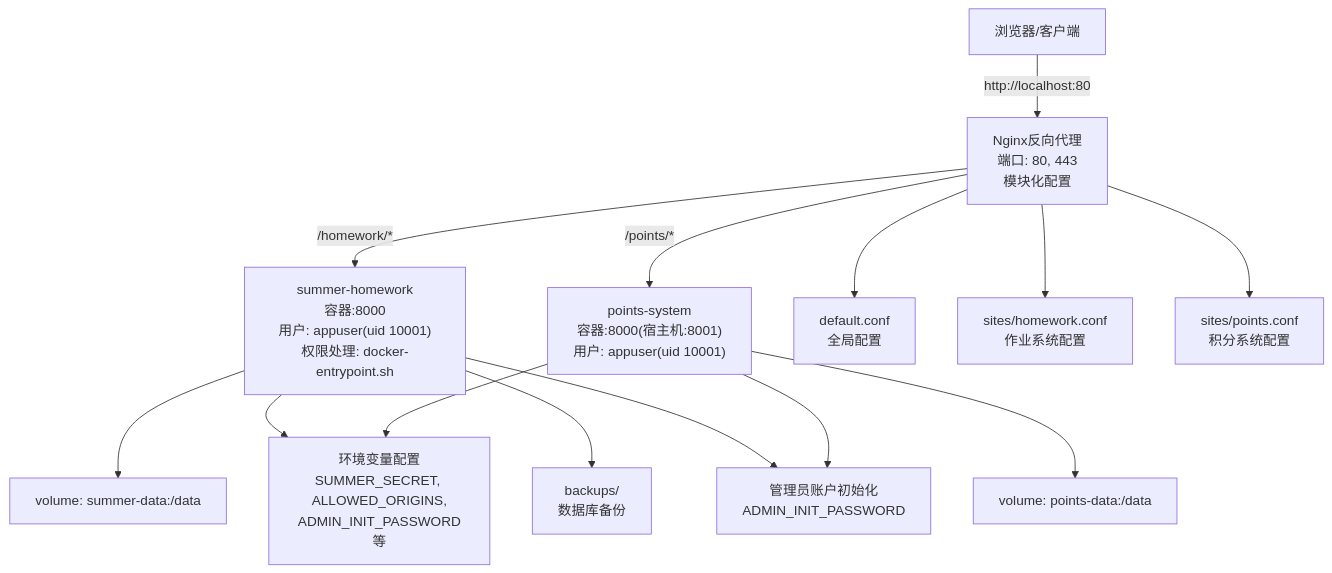
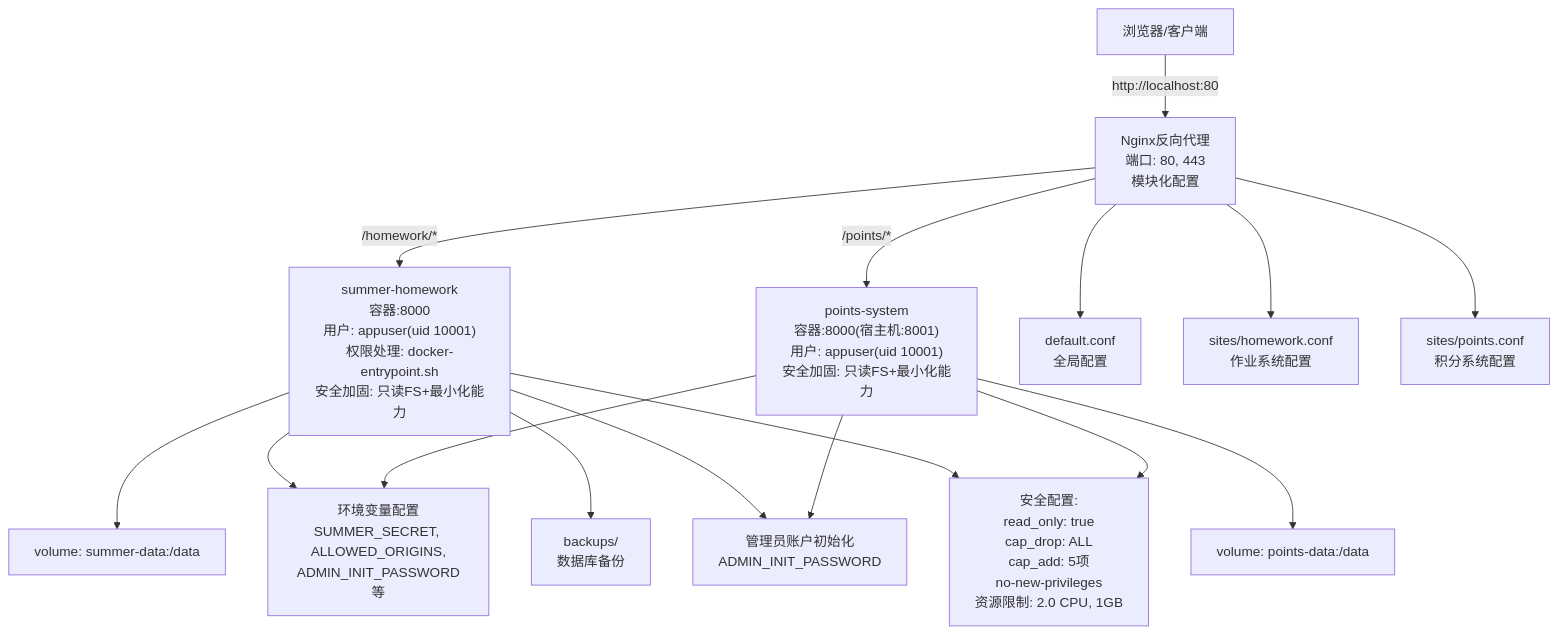
Before and after one commit to onebody/homework: the second of 6 diagrams in .qoder/repowiki/zh/content/部署与运维指南/Docker容器化部署.md, drawn with Mermaid. The commit also changed other lines of this file and 35 other files, not shown here.

````diff
--- a/.qoder/repowiki/zh/content/部署与运维指南/Docker容器化部署.md
+++ b/.qoder/repowiki/zh/content/部署与运维指南/Docker容器化部署.md
@@ -189,28 +200,31 @@
 ```mermaid
 graph TB
 Client["浏览器/客户端"]
 Nginx["Nginx反向代理<br/>端口: 80, 443<br/>模块化配置"]
-SH["summer-homework<br/>容器:8000<br/>用户: appuser(uid 10001)<br/>权限处理: docker-entrypoint.sh"]
-PS["points-system<br/>容器:8000(宿主机:8001)<br/>用户: appuser(uid 10001)"]
+SH["summer-homework<br/>容器:8000<br/>用户: appuser(uid 10001)<br/>权限处理: docker-entrypoint.sh<br/>安全加固: 只读FS+最小化能力"]
+PS["points-system<br/>容器:8000(宿主机:8001)<br/>用户: appuser(uid 10001)<br/>安全加固: 只读FS+最小化能力"]
 VolSH["volume: summer-data:/data"]
 VolPS["volume: points-data:/data"]
 EnvVars["环境变量配置<br/>SUMMER_SECRET, ALLOWED_ORIGINS,<br/>ADMIN_INIT_PASSWORD等"]
 BackupDir["backups/<br/>数据库备份"]
 AdminInit["管理员账户初始化<br/>ADMIN_INIT_PASSWORD"]
 DefaultConf["default.conf<br/>全局配置"]
 HomeworkConf["sites/homework.conf<br/>作业系统配置"]
 PointsConf["sites/points.conf<br/>积分系统配置"]
+SecurityConfig["安全配置:<br/>read_only: true<br/>cap_drop: ALL<br/>cap_add: 5项<br/>no-new-privileges<br/>资源限制: 2.0 CPU, 1GB"]
 Client --> |http://localhost:80| Nginx
 Nginx --> |/homework/*| SH
 Nginx --> |/points/*| PS
 Nginx --> DefaultConf
 Nginx --> HomeworkConf
 Nginx --> PointsConf
 SH --> VolSH
 PS --> VolPS
 SH --> EnvVars
 PS --> EnvVars
 SH --> BackupDir
 SH --> AdminInit
 PS --> AdminInit
+SH --> SecurityConfig
+PS --> SecurityConfig
 ```
````
